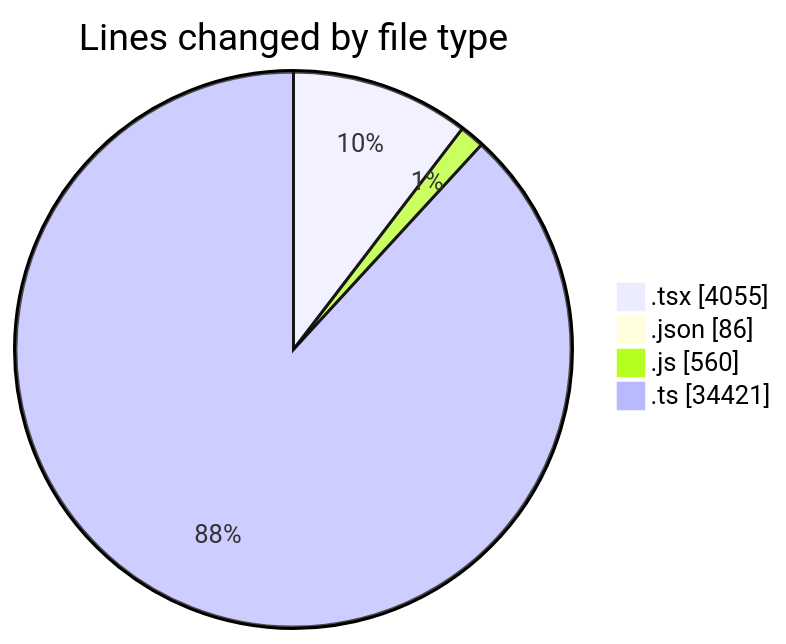
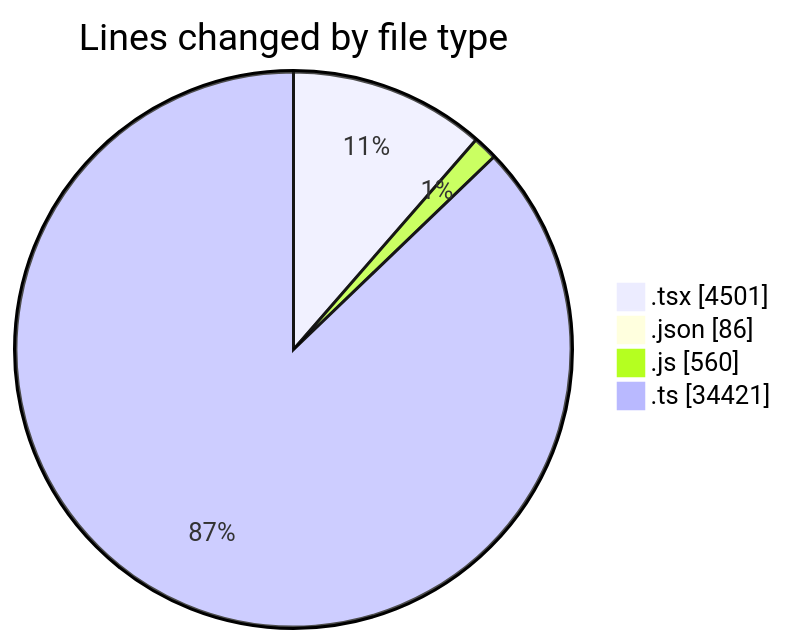
One commit to momahboobian/code-tracking changed the first of 2 diagrams in 2025-11-10/cda/README.md. Above: the diagram before and after it, drawn with Mermaid. The commit also changed other lines of this file and 1 other file, not shown here.

````diff
--- a/2025-11-10/cda/README.md
+++ b/2025-11-10/cda/README.md
@@ -40,8 +41,8 @@
 ```mermaid
 pie showData
 title Lines changed by file type
-".tsx" : 4055
+".tsx" : 4501
 ".json" : 86
 ".js" : 560
 ".ts" : 34421
 ```
````
